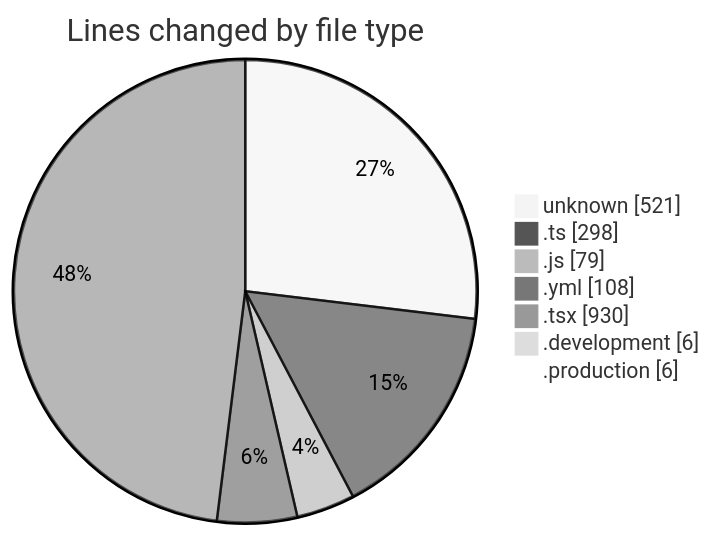
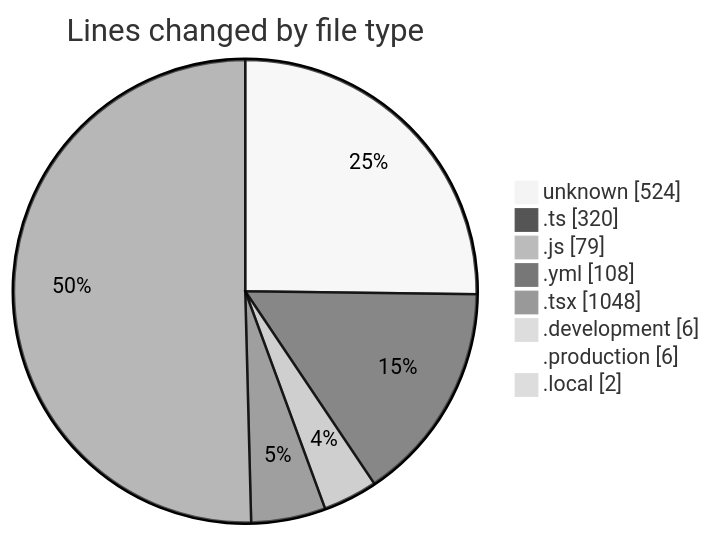
One commit to Elitesun/code-tracking changed the first of 2 diagrams in 2025-05-17/niten/README.md. Above: the diagram before and after it, drawn with Mermaid (neutral theme). The commit also changed other lines of this file and 1 other file, not shown here.

````diff
--- a/2025-05-17/niten/README.md
+++ b/2025-05-17/niten/README.md
@@ -33,11 +35,12 @@
 ```mermaid
 pie showData
 title Lines changed by file type
-"unknown" : 521
-".ts" : 298
+"unknown" : 524
+".ts" : 320
 ".js" : 79
 ".yml" : 108
-".tsx" : 930
+".tsx" : 1048
 ".development" : 6
 ".production" : 6
+".local" : 2
 ```
````
